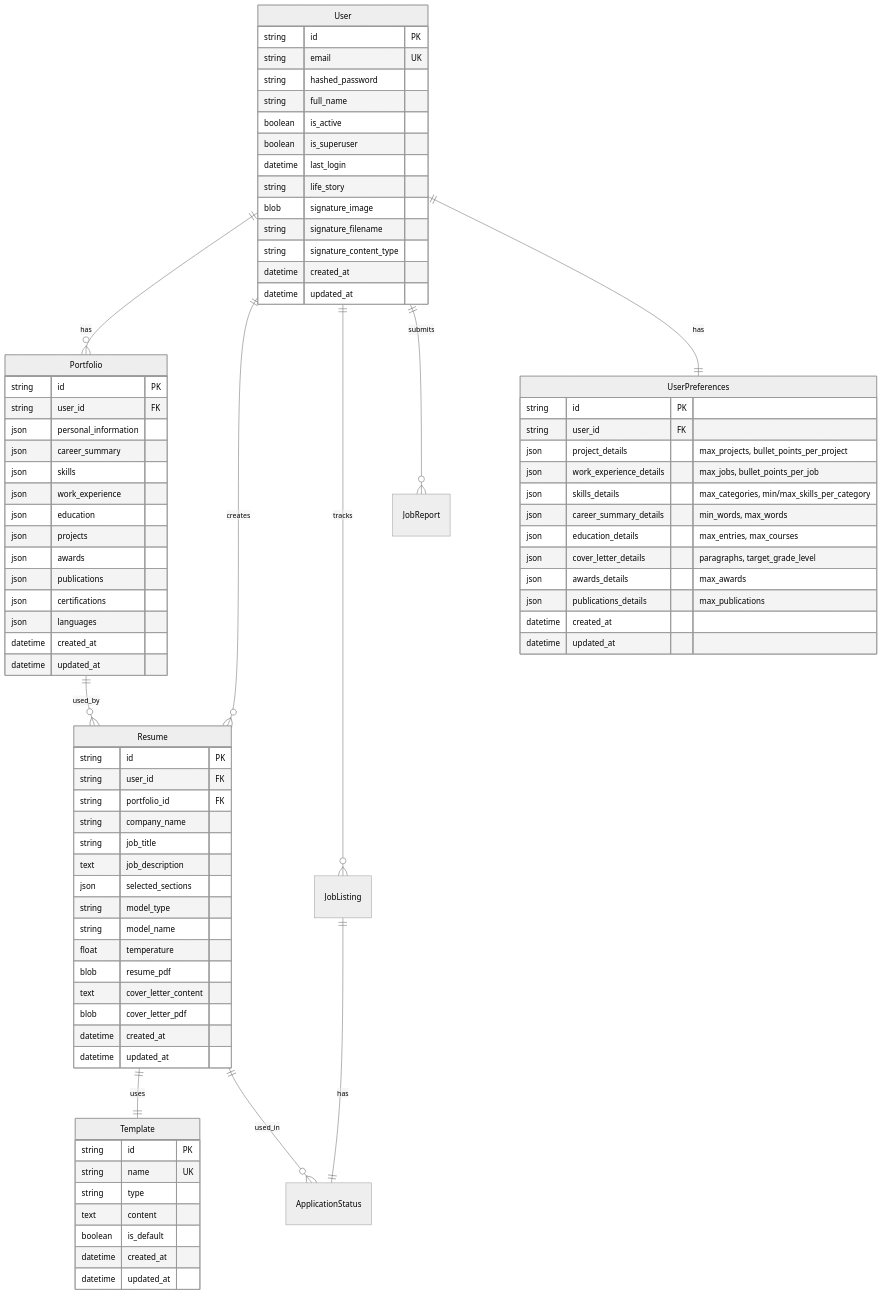
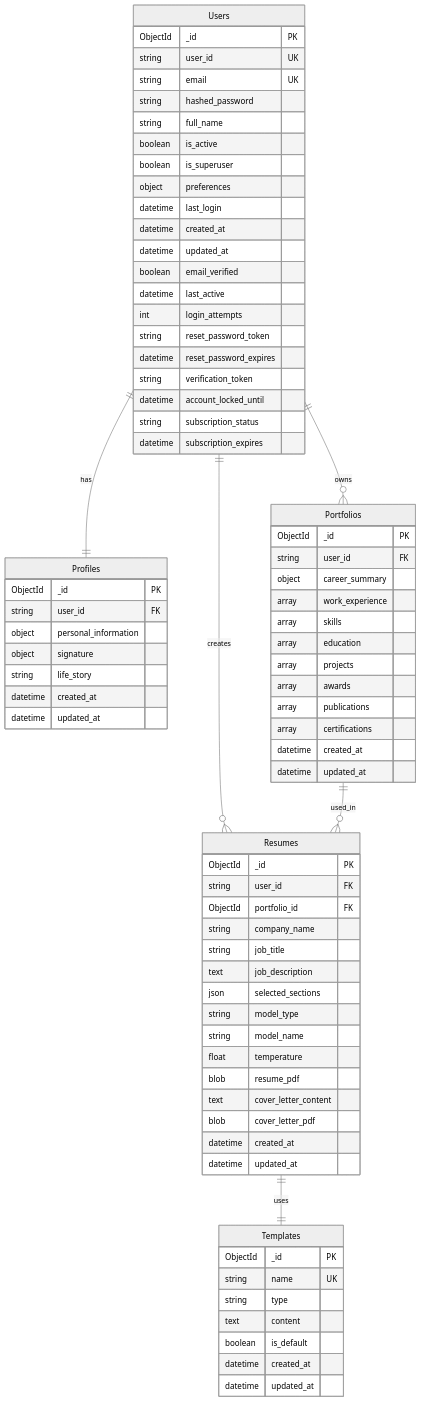
The diagram in design/diagrams/er_diagram.mmd (mucahitkayadan/Resume-Builder-TeX), drawn with Mermaid (neutral theme) before and after one commit. The commit also changed 17 other files, not shown here.

```diff
--- a/design/diagrams/er_diagram.mmd
+++ b/design/diagrams/er_diagram.mmd
@@ -1,86 +1,82 @@
 erDiagram
-    User {
-        string id PK
+    Users {
+        ObjectId _id PK
+        string user_id UK
         string email UK
         string hashed_password
         string full_name
         boolean is_active
         boolean is_superuser
+        object preferences
         datetime last_login
+        datetime created_at
+        datetime updated_at
+        boolean email_verified
+        datetime last_active
+        int login_attempts
+        string reset_password_token
+        datetime reset_password_expires
+        string verification_token
+        datetime account_locked_until
+        string subscription_status
+        datetime subscription_expires
+    }
+
+    Profiles {
+        ObjectId _id PK
+        string user_id FK
+        object personal_information
+        object signature
         string life_story
-        blob signature_image
-        string signature_filename
-        string signature_content_type
         datetime created_at
         datetime updated_at
     }
 
-    Portfolio {
-        string id PK
+    Portfolios {
+        ObjectId _id PK
         string user_id FK
-        json personal_information
-        json career_summary
-        json skills
-        json work_experience
-        json education
-        json projects
-        json awards
-        json publications
-        json certifications
-        json languages
+        object career_summary
+        array work_experience
+        array skills
+        array education
+        array projects
+        array awards
+        array publications
+        array certifications
         datetime created_at
         datetime updated_at
     }
 
-    Resume {
-        string id PK
+    Resumes {
+        ObjectId _id PK
         string user_id FK
-        string portfolio_id FK
+        ObjectId portfolio_id FK
         string company_name
         string job_title
         text job_description
         json selected_sections
         string model_type
         string model_name
         float temperature
         blob resume_pdf
         text cover_letter_content
         blob cover_letter_pdf
         datetime created_at
         datetime updated_at
     }
 
-    Template {
-        string id PK
+    Templates {
+        ObjectId _id PK
         string name UK
         string type
         text content
         boolean is_default
         datetime created_at
         datetime updated_at
     }
 
-    UserPreferences {
-        string id PK
-        string user_id FK
-        json project_details "max_projects, bullet_points_per_project"
-        json work_experience_details "max_jobs, bullet_points_per_job"
-        json skills_details "max_categories, min/max_skills_per_category"
-        json career_summary_details "min_words, max_words"
-        json education_details "max_entries, max_courses"
-        json cover_letter_details "paragraphs, target_grade_level"
-        json awards_details "max_awards"
-        json publications_details "max_publications"
-        datetime created_at
-        datetime updated_at
-    }
-
-    User ||--o{ Portfolio : has
-    User ||--o{ Resume : creates
-    User ||--o{ JobListing : tracks
-    User ||--o{ JobReport : submits
-    User ||--|| UserPreferences : has
-    Portfolio ||--o{ Resume : used_by
-    Resume ||--|| Template : uses
-    JobListing ||--|| ApplicationStatus : has
-    Resume ||--o{ ApplicationStatus : used_in
+    Users ||--|| Profiles : has
+    Users ||--o{ Portfolios : owns
+    Users ||--o{ Resumes : creates
+    Portfolios ||--o{ Resumes : used_in
+    Resumes ||--|| Templates : uses
```
